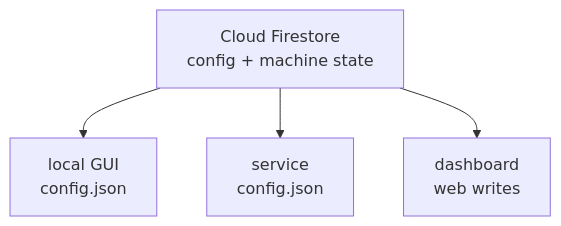
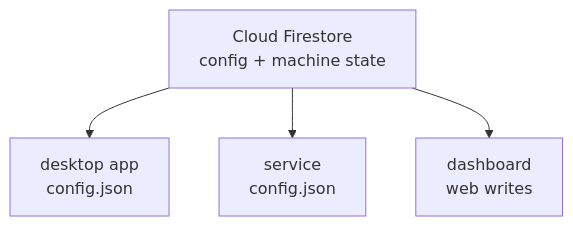
One commit to theexperiential/owlette changed the diagram in web/content/docs/agent/configuration.mdx. Above: the diagram before and after it, drawn with Mermaid. The commit also changed other lines of this file and 27 other files, not shown here.

````diff
--- a/web/content/docs/agent/configuration.mdx
+++ b/web/content/docs/agent/configuration.mdx
@@ -215,7 +235,7 @@
 ```mermaid
 flowchart TD
     FS["Cloud Firestore<br/>config + machine state"]
-    FS --> GUI["local GUI<br/>config.json"]
+    FS --> APP["desktop app<br/>config.json"]
     FS --> SVC["service<br/>config.json"]
     FS --> DASH["dashboard<br/>web writes"]
 ```
````
